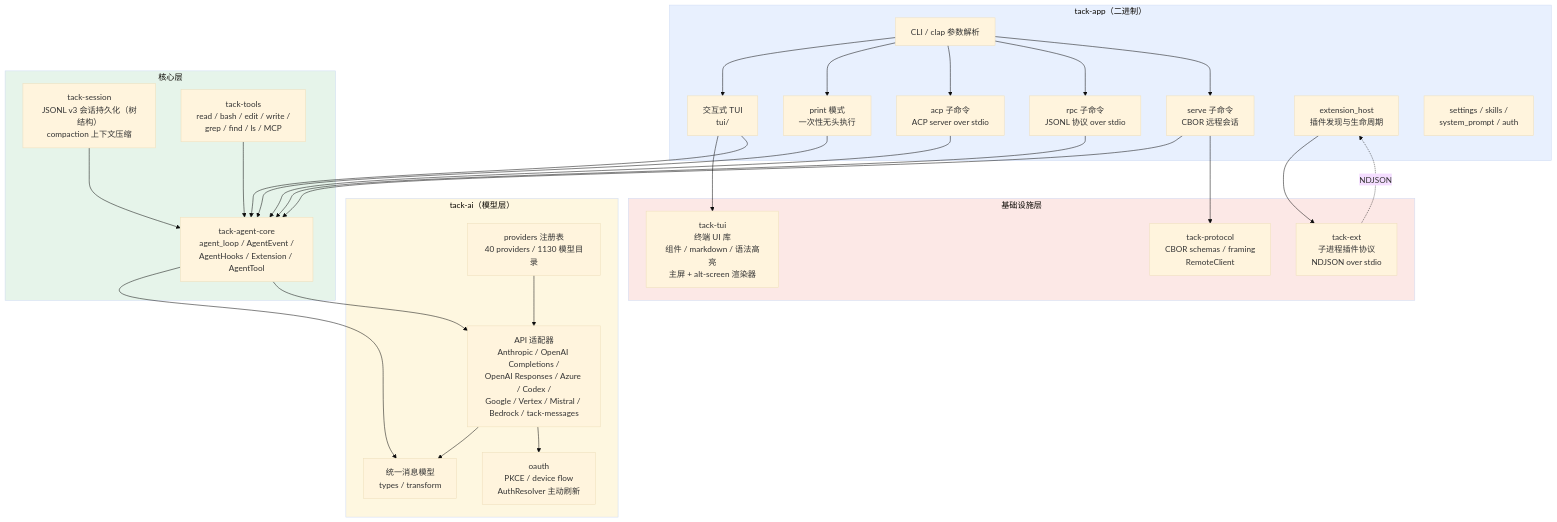
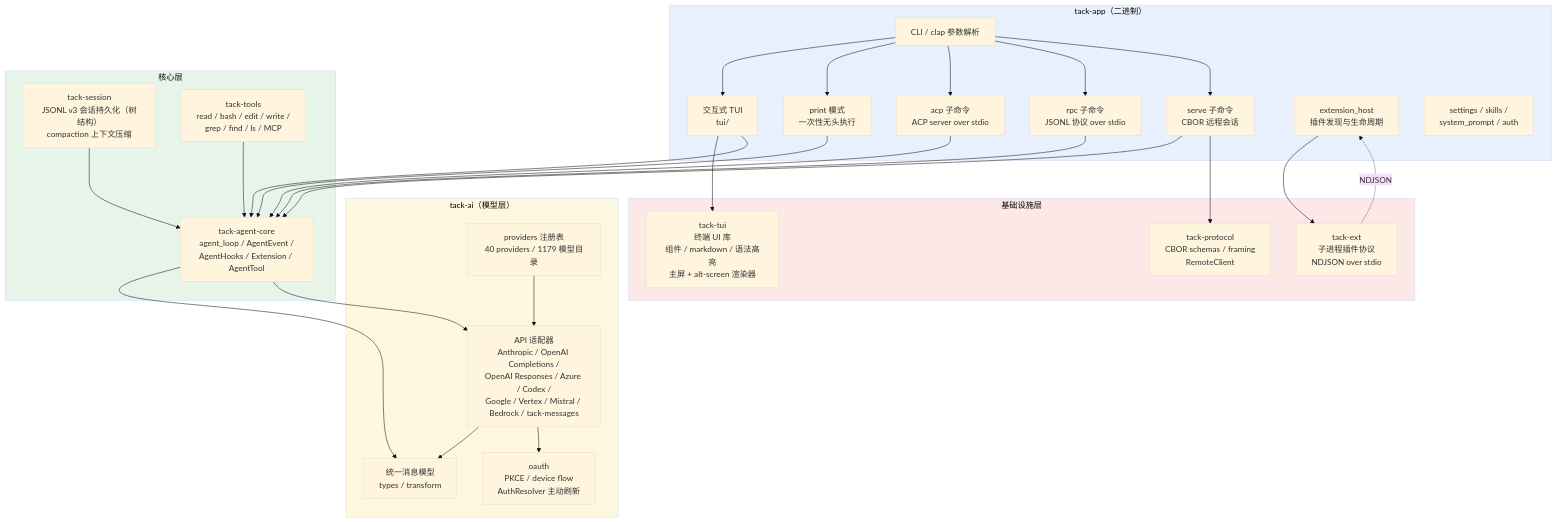
One commit to Tack-AI/tack changed the first of 11 diagrams in docs/architecture.zh-CN.md. Above: the diagram before and after it, drawn with Mermaid (base theme). The commit also changed 53 other files, not shown here.

````diff
--- a/docs/architecture.zh-CN.md
+++ b/docs/architecture.zh-CN.md
@@ -13,52 +13,52 @@
 ```mermaid
 flowchart TB
     subgraph App["tack-app（二进制）"]
         CLI[CLI / clap 参数解析]
         TUI[交互式 TUI<br/>tui/]
         PRINT[print 模式<br/>一次性无头执行]
         ACP[acp 子命令<br/>ACP server over stdio]
         RPC[rpc 子命令<br/>JSONL 协议 over stdio]
         SERVE[serve 子命令<br/>CBOR 远程会话]
         EXTHOST[extension_host<br/>插件发现与生命周期]
         MISC[settings / skills /<br/>system_prompt / auth]
     end
 
     subgraph Core["核心层"]
         AGENT[tack-agent-core<br/>agent_loop / AgentEvent /<br/>AgentHooks / Extension / AgentTool]
         SESSION[tack-session<br/>JSONL v3 会话持久化（树结构）<br/>compaction 上下文压缩]
         TOOLS[tack-tools<br/>read / bash / edit / write /<br/>grep / find / ls / MCP]
     end
 
     subgraph AI["tack-ai（模型层）"]
         MSG[统一消息模型<br/>types / transform]
         ADAPTERS[API 适配器<br/>Anthropic / OpenAI Completions /<br/>OpenAI Responses / Azure / Codex /<br/>Google / Vertex / Mistral / Bedrock / tack-messages]
         OAUTH[oauth<br/>PKCE / device flow<br/>AuthResolver 主动刷新]
-        REG[providers 注册表<br/>40 providers / 1130 模型目录]
+        REG[providers 注册表<br/>40 providers / 1179 模型目录]
     end
 
     subgraph Infra["基础设施层"]
         PROTO[tack-protocol<br/>CBOR schemas / framing<br/>RemoteClient]
         TUILIB[tack-tui<br/>终端 UI 库<br/>组件 / markdown / 语法高亮<br/>主屏 + alt-screen 渲染器]
         EXT[tack-ext<br/>子进程插件协议<br/>NDJSON over stdio]
     end
 
     CLI --> TUI & PRINT & ACP & RPC & SERVE
     TUI --> TUILIB
     PRINT & ACP & RPC & SERVE --> AGENT
     TUI --> AGENT
     EXTHOST --> EXT
     AGENT --> MSG
     TOOLS --> AGENT
     SESSION --> AGENT
     AGENT --> ADAPTERS
     ADAPTERS --> MSG
     ADAPTERS --> OAUTH
     REG --> ADAPTERS
     SERVE --> PROTO
     EXT -.NDJSON.-> EXTHOST
 
     style App fill:#e8f0fe
     style Core fill:#e6f4ea
     style AI fill:#fef7e0
     style Infra fill:#fce8e6
 ```
````
